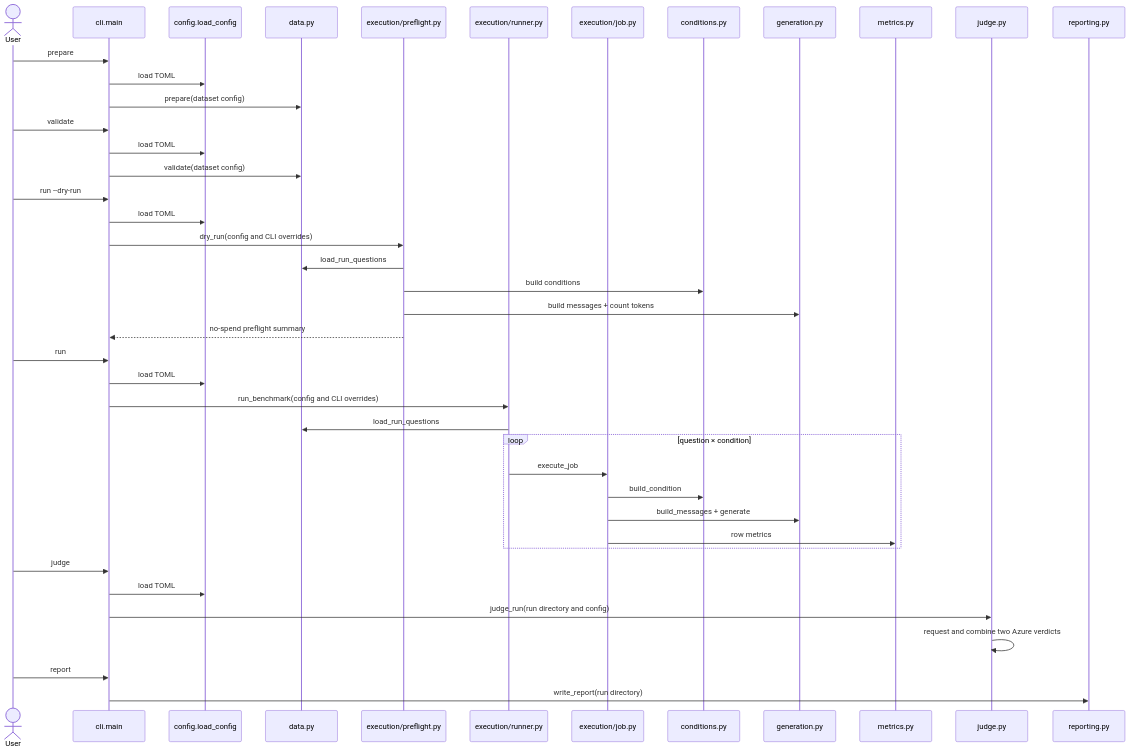
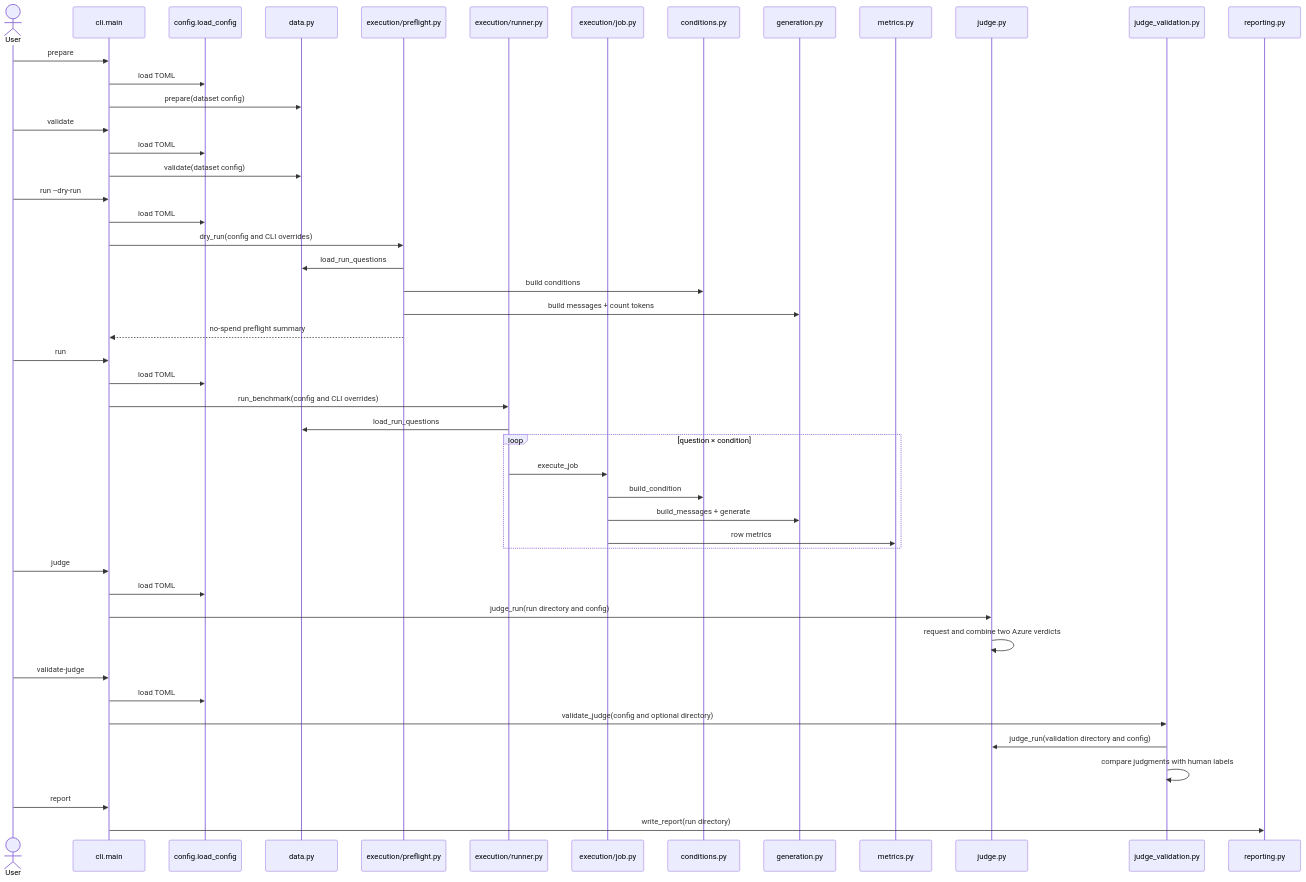
Diagram 11 of 11 in docs sys design/benchmark/FinanceBench Implementation Guide.md (14zhasim/Agentic_RAG), drawn with Mermaid before and after one commit. The commit also changed other lines of this file and 10 other files, not shown here.

Commit message:
feat: validate judge against human labels

````diff
--- a/docs sys design/benchmark/FinanceBench Implementation Guide.md
+++ b/docs sys design/benchmark/FinanceBench Implementation Guide.md
@@ -1572,44 +1695,50 @@
 ```mermaid
 sequenceDiagram
     actor User
     participant CLI as cli.main
     participant CFG as config.load_config
     participant D as data.py
     participant P as execution/preflight.py
     participant R as execution/runner.py
     participant J as execution/job.py
     participant C as conditions.py
     participant G as generation.py
     participant M as metrics.py
     participant AJ as judge.py
+    participant JV as judge_validation.py
     participant REP as reporting.py
     User->>CLI: prepare
     CLI->>CFG: load TOML
     CLI->>D: prepare(dataset config)
     User->>CLI: validate
     CLI->>CFG: load TOML
     CLI->>D: validate(dataset config)
     User->>CLI: run --dry-run
     CLI->>CFG: load TOML
     CLI->>P: dry_run(config and CLI overrides)
     P->>D: load_run_questions
     P->>C: build conditions
     P->>G: build messages + count tokens
     P-->>CLI: no-spend preflight summary
     User->>CLI: run
     CLI->>CFG: load TOML
     CLI->>R: run_benchmark(config and CLI overrides)
     R->>D: load_run_questions
     loop question × condition
         R->>J: execute_job
         J->>C: build_condition
         J->>G: build_messages + generate
         J->>M: row metrics
     end
     User->>CLI: judge
     CLI->>CFG: load TOML
     CLI->>AJ: judge_run(run directory and config)
     AJ->>AJ: request and combine two Azure verdicts
+    User->>CLI: validate-judge
+    CLI->>CFG: load TOML
+    CLI->>JV: validate_judge(config and optional directory)
+    JV->>AJ: judge_run(validation directory and config)
+    JV->>JV: compare judgments with human labels
     User->>CLI: report
     CLI->>REP: write_report(run directory)
 ```
````
